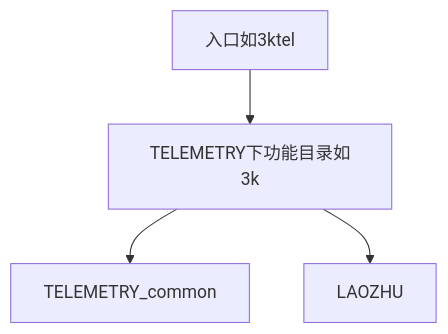
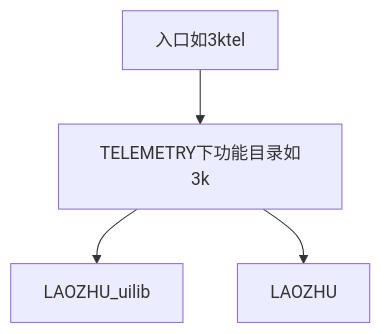
The diagram in CLAUDE.md (witon/laozhu_opentx_scripts), drawn with Mermaid before and after one commit. The commit also changed other lines of this file and 56 other files, not shown here.

First line of the commit message:
refactor: move TELEMETRY/common to LAOZHU/uilib

````diff
--- a/CLAUDE.md
+++ b/CLAUDE.md
@@ -74,10 +75,10 @@
 ```mermaid
 flowchart TD
   telEntry[入口如3ktel]
   featDir[TELEMETRY下功能目录如3k]
-  commonUi[TELEMETRY_common]
+  commonUi[LAOZHU_uilib]
   domain[LAOZHU]
   telEntry --> featDir
   featDir --> commonUi
   featDir --> domain
 ```
````
